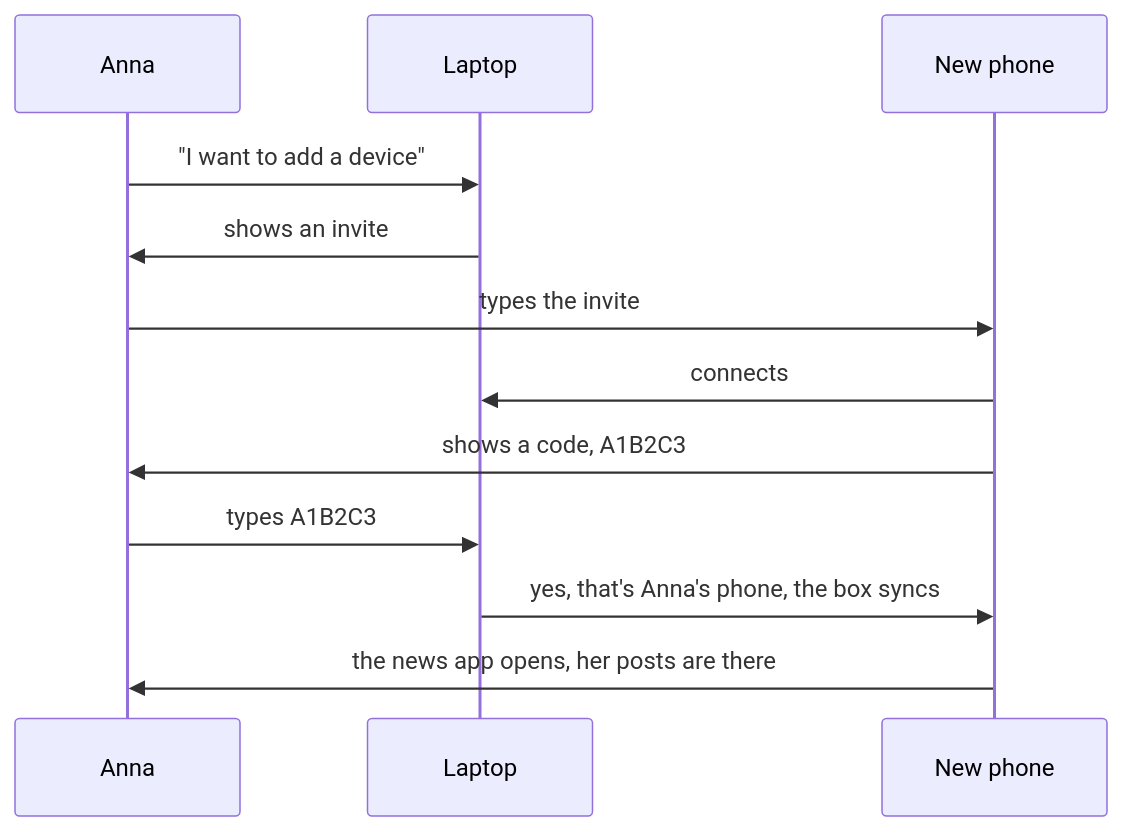
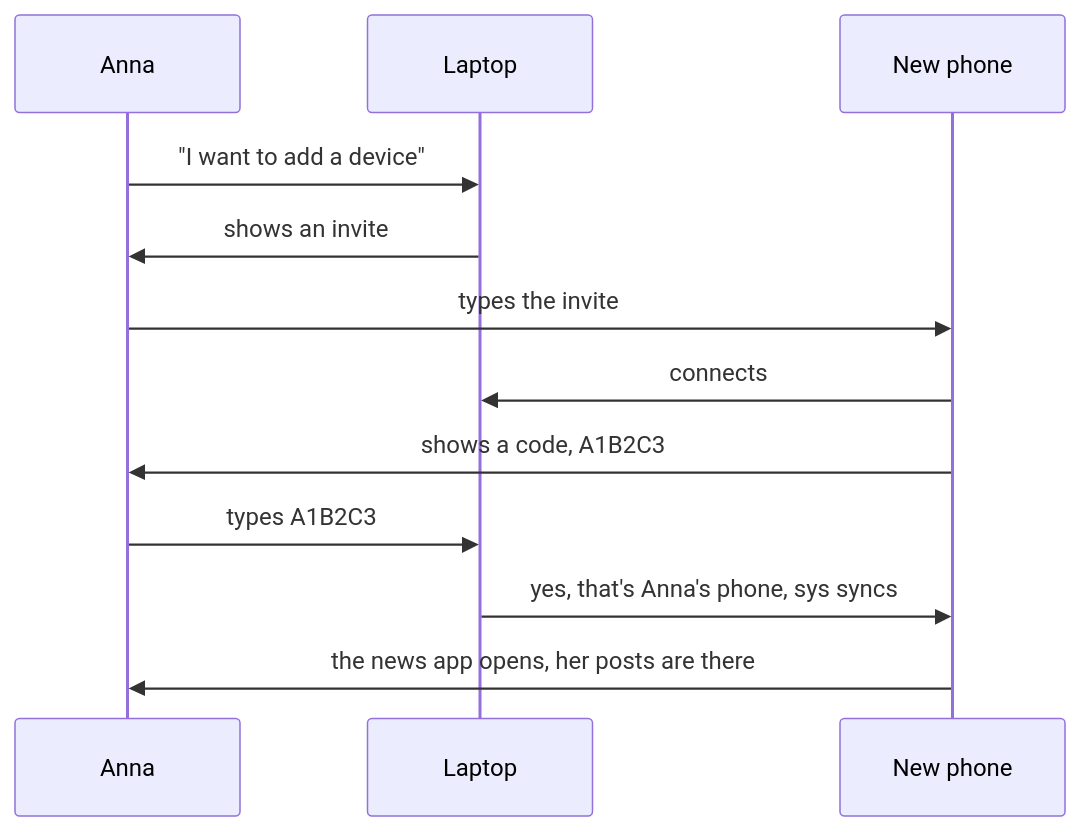
The fourth of 4 diagrams in PROPOSAL.md (playproject-io/datashell), drawn with Mermaid before and after one commit. The commit also changed other lines of this file, not shown here.

Commit message:
docs: box UI as a hypervisor for pods (a box is one website origin, tabs can open the same or different pods), only the public key is stored, devices become pods in sys

````diff
--- a/PROPOSAL.md
+++ b/PROPOSAL.md
@@ -1137,14 +1148,14 @@
 ```mermaid
 sequenceDiagram
   participant A as Anna
   participant L as Laptop
   participant P as New phone
   A->>L: "I want to add a device"
   L->>A: shows an invite
   A->>P: types the invite
   P->>L: connects
   P->>A: shows a code, A1B2C3
   A->>L: types A1B2C3
-  L->>P: yes, that's Anna's phone, the box syncs
+  L->>P: yes, that's Anna's phone, sys syncs
   P->>A: the news app opens, her posts are there
 ```
````
